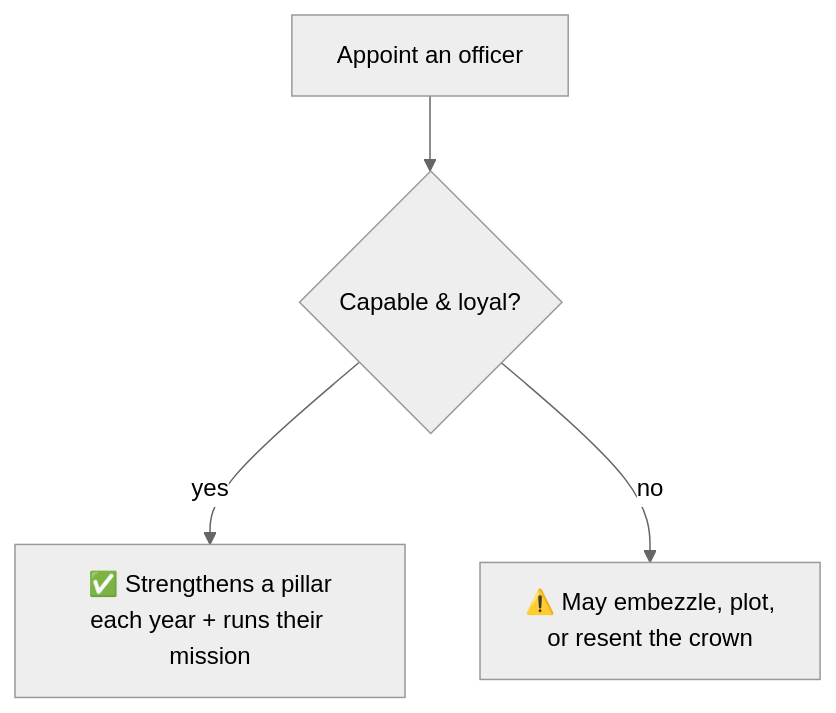
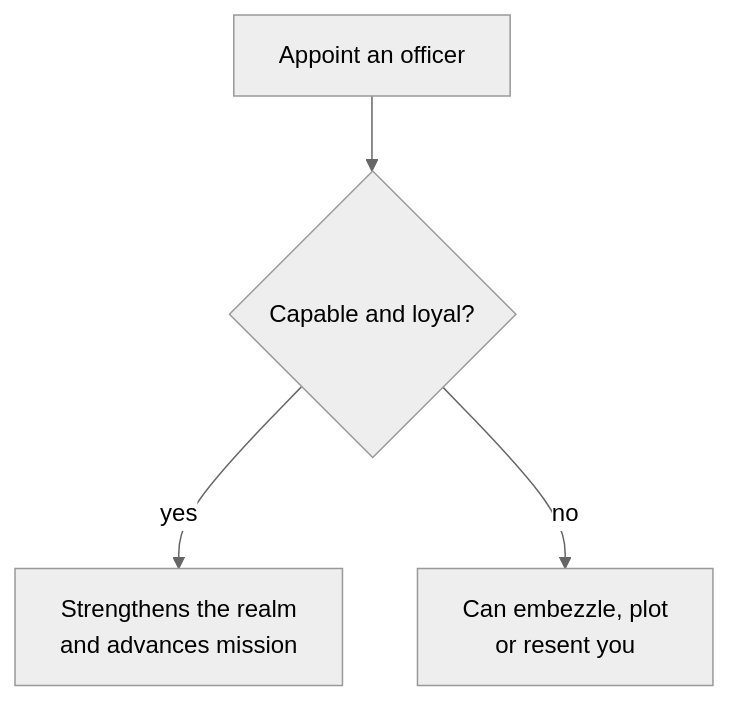
The diagram in content/court/Your Council.md (kroryan/Quartz-HispaniaBeta), drawn with Mermaid (neutral theme) before and after one commit. The commit also changed other lines of this file and 35 other files, not shown here.

````diff
--- a/content/court/Your Council.md
+++ b/content/court/Your Council.md
@@ -26,6 +30,6 @@
 ```mermaid
 flowchart TD
-    A[Appoint an officer] --> B{Capable & loyal?}
-    B -->|yes| C[✅ Strengthens a pillar<br/>each year + runs their mission]
-    B -->|no| D[⚠️ May embezzle, plot,<br/>or resent the crown]
+    A[Appoint an officer] --> B{Capable and loyal?}
+    B -->|yes| C[Strengthens the realm<br/>and advances mission]
+    B -->|no| D[Can embezzle, plot<br/>or resent you]
 ```
````
